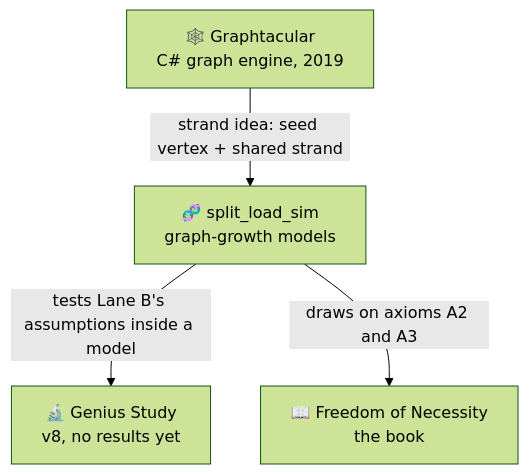
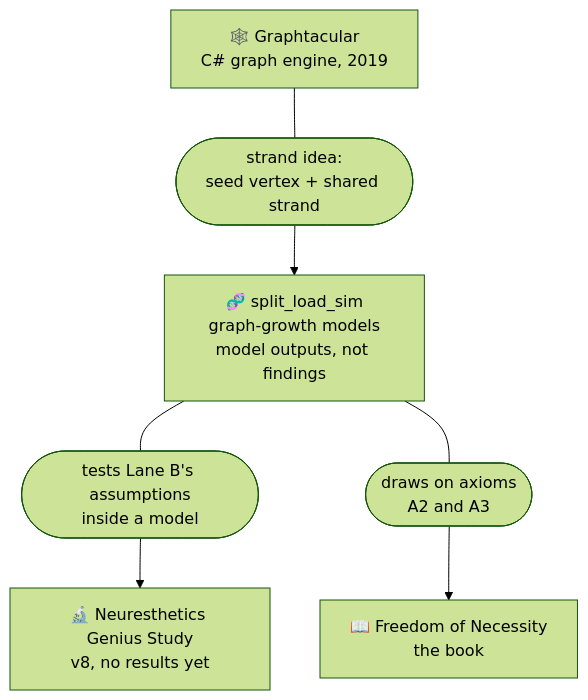
One commit to neuresthetics/neuresthetics changed the diagram in README.md. Above: the diagram before and after it, drawn with Mermaid (forest theme).

Commit message:
Profile: relationship map without edge labels (more reliable Mermaid render)

````diff
--- a/README.md
+++ b/README.md
@@ -72,10 +72,13 @@
 ```mermaid
 flowchart TD
   G["🕸️ Graphtacular<br/>C# graph engine, 2019"]
-  S["🧬 split_load_sim<br/>graph-growth models"]
-  ST["🔬 Genius Study<br/>v8, no results yet"]
+  S["🧬 split_load_sim<br/>graph-growth models<br/>model outputs, not findings"]
+  ST["🔬 Neuresthetics Genius Study<br/>v8, no results yet"]
   B["📖 Freedom of Necessity<br/>the book"]
-  G -->|"strand idea: seed vertex + shared strand"| S
-  S -->|"tests Lane B's assumptions inside a model"| ST
-  S -->|"draws on axioms A2 and A3"| B
+  r1(["strand idea:<br/>seed vertex + shared strand"])
+  r2(["tests Lane B's assumptions<br/>inside a model"])
+  r3(["draws on axioms<br/>A2 and A3"])
+  G --- r1 --> S
+  S --- r2 --> ST
+  S --- r3 --> B
 ```
````
